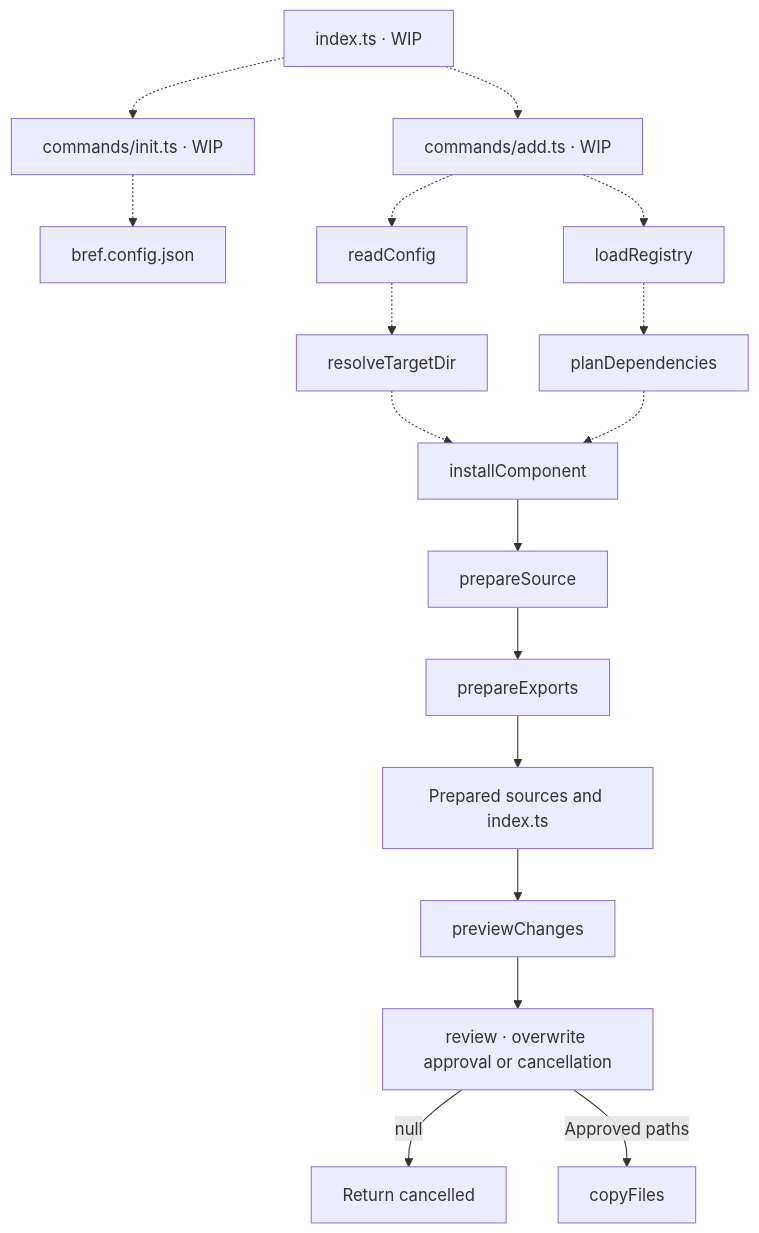
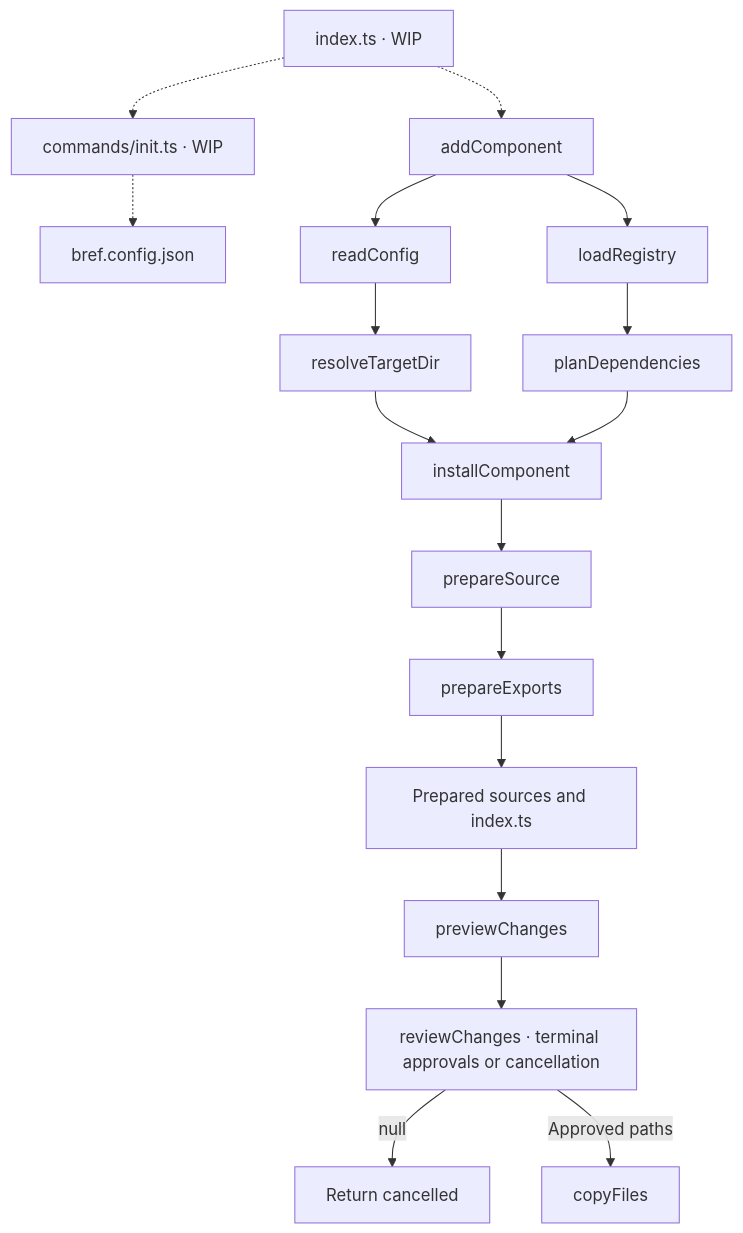
Before and after one commit to feuersteiner/bref-ui: the diagram in cli/README.md, drawn with Mermaid. The commit also changed other lines of this file and 7 other files, not shown here.

Commit message:
feat: implement add command with review process for component installation

````diff
--- a/cli/README.md
+++ b/cli/README.md
@@ -12,19 +13,19 @@
 ```mermaid
 flowchart TD
     entry["index.ts · WIP"] -.-> init["commands/init.ts · WIP"]
-    entry -.-> add["commands/add.ts · WIP"]
+    entry -.-> add["addComponent"]
     init -.-> config["bref.config.json"]
-    add -.-> read["readConfig"]
-    read -.-> resolve["resolveTargetDir"]
-    add -.-> load["loadRegistry"]
-    load -.-> plan["planDependencies"]
-    resolve -.-> install["installComponent"]
-    plan -.-> install
+    add --> read["readConfig"]
+    read --> resolve["resolveTargetDir"]
+    add --> load["loadRegistry"]
+    load --> plan["planDependencies"]
+    resolve --> install["installComponent"]
+    plan --> install
     install --> prepare["prepareSource"]
     prepare --> exports["prepareExports"]
     exports --> files["Prepared sources and index.ts"]
     files --> preview["previewChanges"]
-    preview --> decisions["review · overwrite approval or cancellation"]
+    preview --> decisions["reviewChanges · terminal approvals or cancellation"]
     decisions -->|null| cancel["Return cancelled"]
     decisions -->|Approved paths| copy["copyFiles"]
 ```
````
